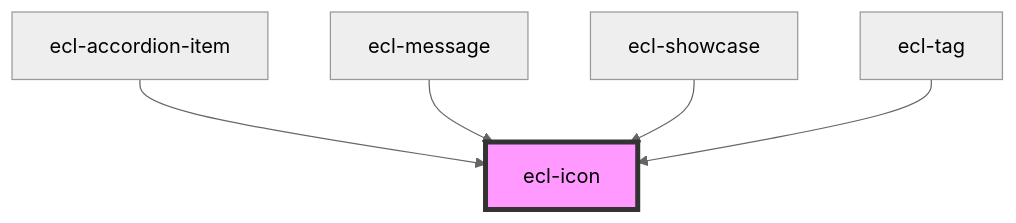
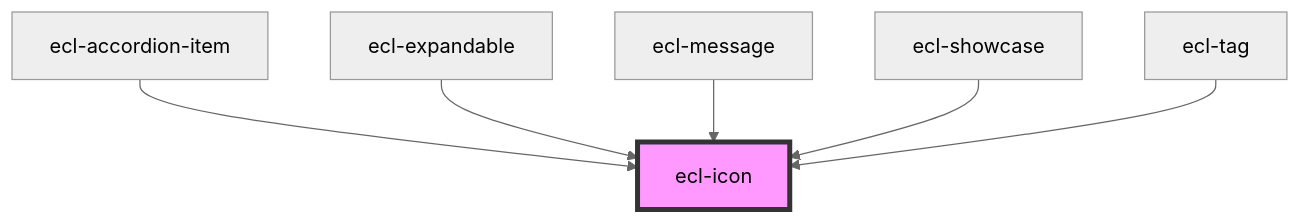
The diagram in src/components/ecl-icon/readme.md (pnowak2/eui-ecl-webcomponents), drawn with Mermaid (neutral theme) before and after one commit. The commit also changed other lines of this file and 6 other files, not shown here.

````diff
--- a/src/components/ecl-icon/readme.md
+++ b/src/components/ecl-icon/readme.md
@@ -29,8 +30,9 @@
 ```mermaid
 graph TD;
   ecl-accordion-item --> ecl-icon
+  ecl-expandable --> ecl-icon
   ecl-message --> ecl-icon
   ecl-showcase --> ecl-icon
   ecl-tag --> ecl-icon
   style ecl-icon fill:#f9f,stroke:#333,stroke-width:4px
 ```
````
